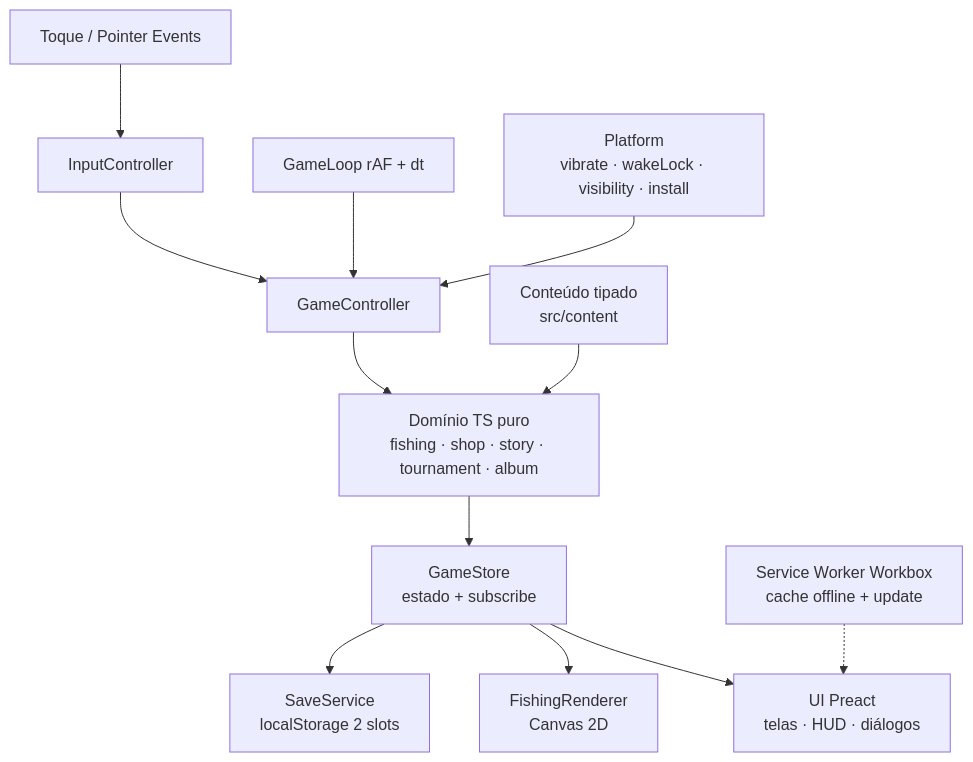
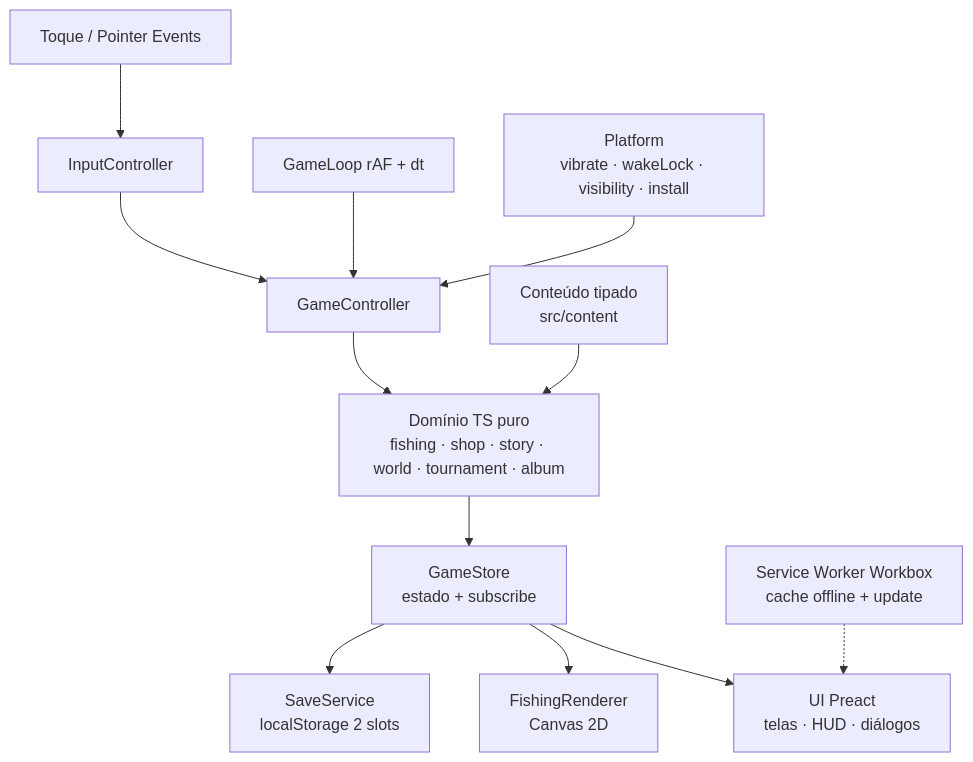
One commit to yannymoscovits/MoscouPesca changed the first of 2 diagrams in .specs/features/v1-mvp/design.md. Above: the diagram before and after it, drawn with Mermaid. The commit also changed other lines of this file and 6 other files, not shown here.

````diff
--- a/.specs/features/v1-mvp/design.md
+++ b/.specs/features/v1-mvp/design.md
@@ -17,14 +17,14 @@
 ```mermaid
 graph TD
     Touch[Toque / Pointer Events] --> Input[InputController]
     Input --> Game[GameController]
     Loop[GameLoop rAF + dt] --> Game
-    Game --> Domain[Domínio TS puro<br/>fishing · shop · story · tournament · album]
+    Game --> Domain[Domínio TS puro<br/>fishing · shop · story · world · tournament · album]
     Domain --> Store[GameStore<br/>estado + subscribe]
     Store --> UI[UI Preact<br/>telas · HUD · diálogos]
     Store --> Render[FishingRenderer<br/>Canvas 2D]
     Content[Conteúdo tipado<br/>src/content] --> Domain
     Store --> Save[SaveService<br/>localStorage 2 slots]
     Platform[Platform<br/>vibrate · wakeLock · visibility · install] --> Game
     SW[Service Worker Workbox<br/>cache offline + update] -.-> UI
 ```
````
